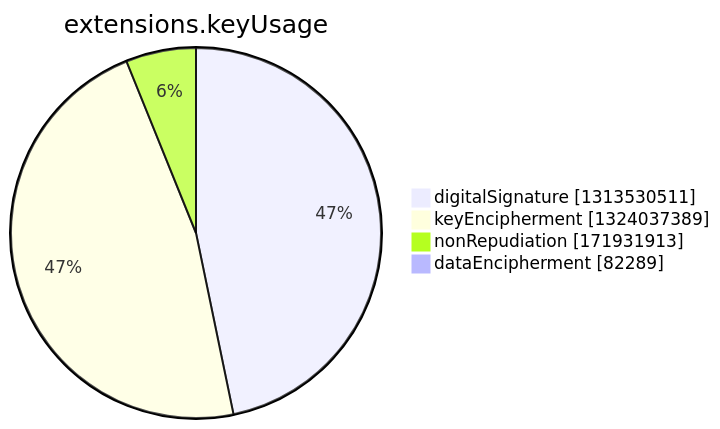
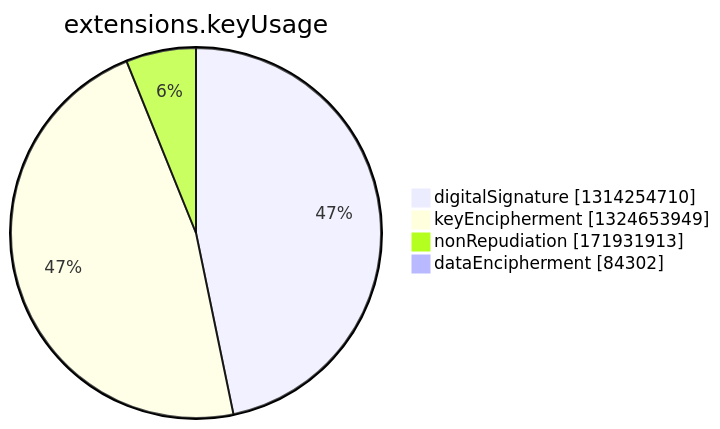
One commit to christiankrug/ctmonitor_visualization changed the seventh of 15 diagrams in argon2022/README.md. Above: the diagram before and after it, drawn with Mermaid. The commit also changed other lines of this file, not shown here.

````diff
--- a/argon2022/README.md
+++ b/argon2022/README.md
@@ -2750,8 +2750,8 @@
 ```mermaid
 pie showData
 title extensions.keyUsage
-"digitalSignature" :1313530511
-"keyEncipherment" :1324037389
+"digitalSignature" :1314254710
+"keyEncipherment" :1324653949
 "nonRepudiation" :171931913
-"dataEncipherment" :82289
+"dataEncipherment" :84302
 ```
````
